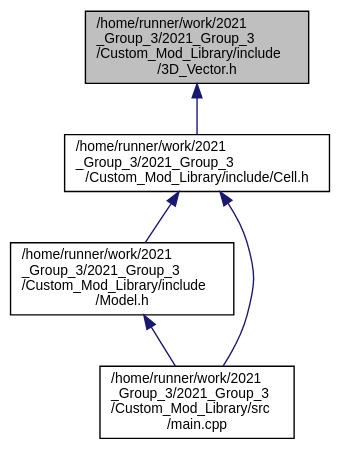
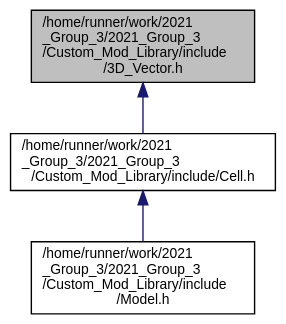
One commit to efybr1/2021_Group_3 changed the diagram in 3_d___vector_8h__dep__incl.dot. Above: the diagram before and after it, drawn with Graphviz. The commit also changed 71 other files, not shown here.

```diff
--- a/3_d___vector_8h__dep__incl.dot
+++ b/3_d___vector_8h__dep__incl.dot
@@ -1,15 +1,12 @@
 digraph "/home/runner/work/2021_Group_3/2021_Group_3/Custom_Mod_Library/include/3D_Vector.h"
 {
  // LATEX_PDF_SIZE
   bgcolor="transparent";
   edge [fontname="Helvetica",fontsize="10",labelfontname="Helvetica",labelfontsize="10"];
   node [fontname="Helvetica",fontsize="10",shape=record];
-  Node1 [label="/home/runner/work/2021\l_Group_3/2021_Group_3\l/Custom_Mod_Library/include\l/3D_Vector.h",height=0.2,width=0.4,color="black", fillcolor="grey75", style="filled", fontcolor="black",tooltip="Vector class used to store the vectors that make up a cell."];
+  Node1 [label="/home/runner/work/2021\l_Group_3/2021_Group_3\l/Custom_Mod_Library/include\l/3D_Vector.h",height=0.2,width=0.4,color="black", fillcolor="grey75", style="filled", fontcolor="black",tooltip="Class used to store 3D Vector points for the Model class."];
   Node1 -> Node2 [dir="back",color="midnightblue",fontsize="10",style="solid",fontname="Helvetica"];
-  Node2 [label="/home/runner/work/2021\l_Group_3/2021_Group_3\l/Custom_Mod_Library/include/Cell.h",height=0.2,width=0.4,color="black",URL="$_cell_8h.html",tooltip="Cell class used to store cell shapes that make up a model."];
+  Node2 [label="/home/runner/work/2021\l_Group_3/2021_Group_3\l/Custom_Mod_Library/include/Cell.h",height=0.2,width=0.4,color="black",URL="$_cell_8h.html",tooltip="Cell class used to store Cell shapes that make up a model."];
   Node2 -> Node3 [dir="back",color="midnightblue",fontsize="10",style="solid",fontname="Helvetica"];
-  Node3 [label="/home/runner/work/2021\l_Group_3/2021_Group_3\l/Custom_Mod_Library/include\l/Model.h",height=0.2,width=0.4,color="black",URL="$_model_8h_source.html",tooltip=" "];
-  Node3 -> Node4 [dir="back",color="midnightblue",fontsize="10",style="solid",fontname="Helvetica"];
-  Node4 [label="/home/runner/work/2021\l_Group_3/2021_Group_3\l/Custom_Mod_Library/src\l/main.cpp",height=0.2,width=0.4,color="black",URL="$main_8cpp.html",tooltip=" "];
-  Node2 -> Node4 [dir="back",color="midnightblue",fontsize="10",style="solid",fontname="Helvetica"];
+  Node3 [label="/home/runner/work/2021\l_Group_3/2021_Group_3\l/Custom_Mod_Library/include\l/Model.h",height=0.2,width=0.4,color="black",URL="$_model_8h.html",tooltip="Class used to open, save and store .mod files."];
 }
```
